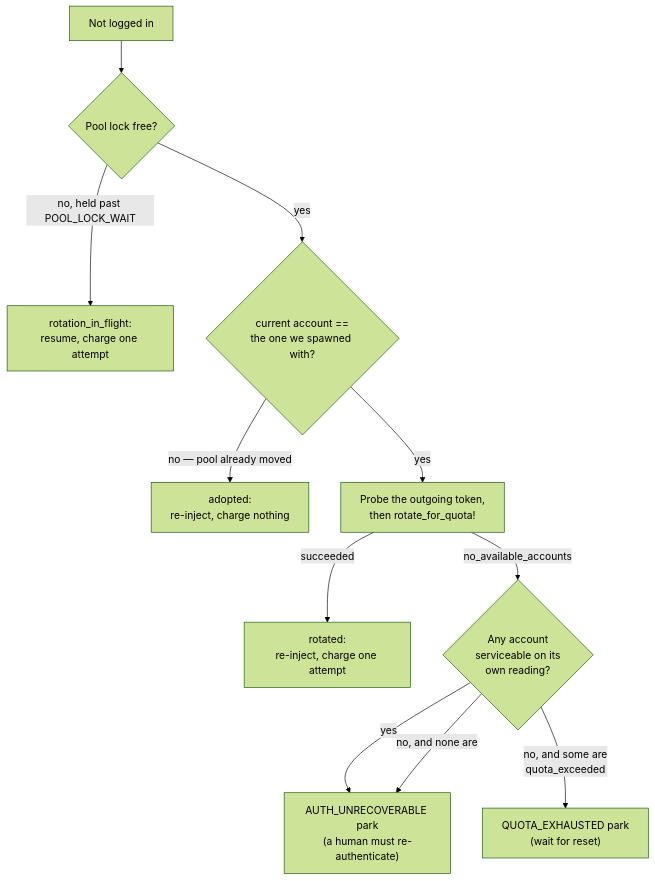
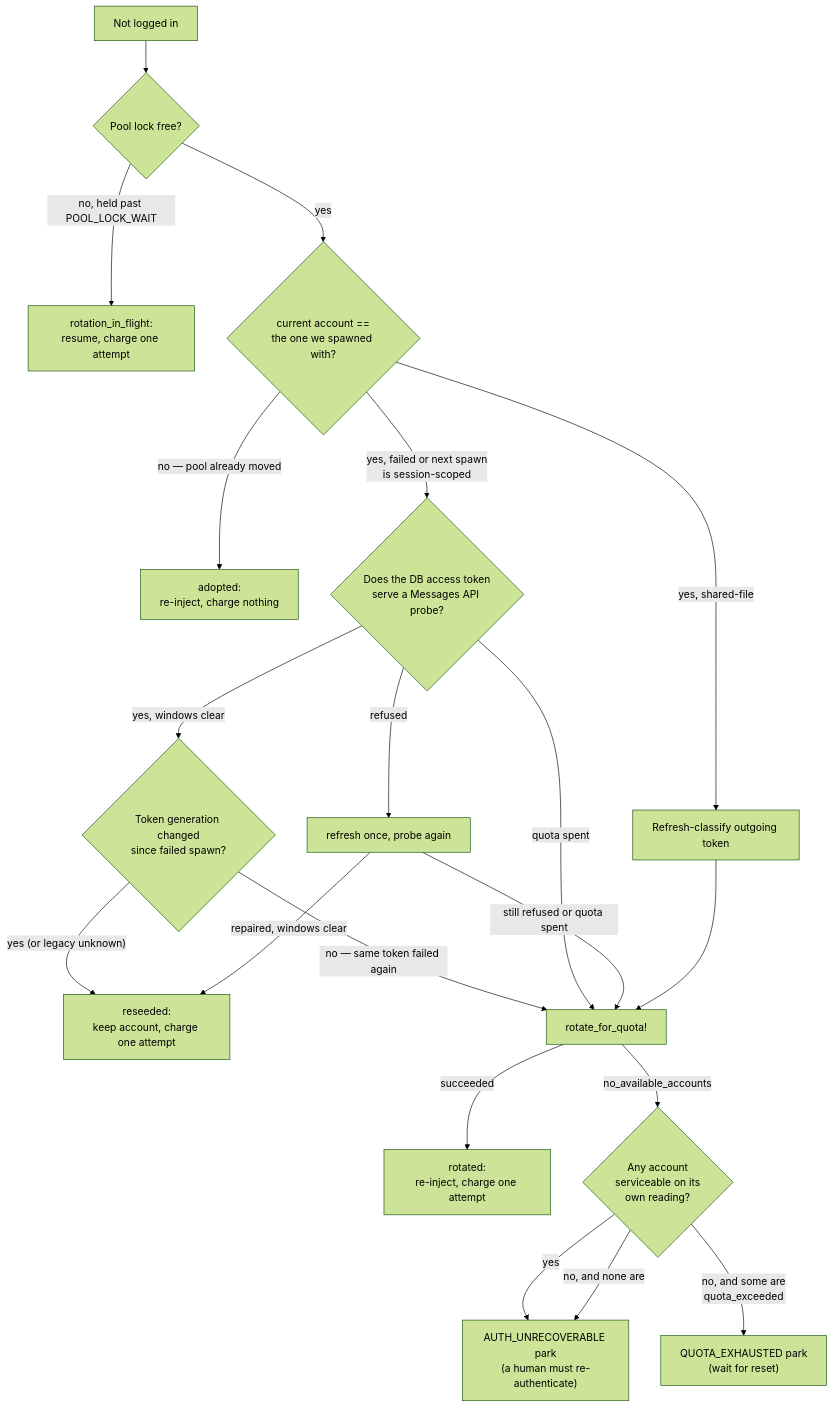
The fourth of 5 diagrams in docs/src/content/docs/auth/harness.md (tadasant/zimmer), drawn with Mermaid (forest theme) before and after one commit. The commit also changed other lines of this file and 6 other files, not shown here.

````diff
--- a/docs/src/content/docs/auth/harness.md
+++ b/docs/src/content/docs/auth/harness.md
@@ -946,13 +952,22 @@
 ```mermaid
 flowchart TD
     A["Not logged in"] --> L{"Pool lock free?"}
     L -- "no, held past POOL_LOCK_WAIT" --> F["rotation_in_flight:<br/>resume, charge one attempt"]
     L -- yes --> B{"current account ==<br/>the one we spawned with?"}
     B -- "no — pool already moved" --> C["adopted:<br/>re-inject, charge nothing"]
-    B -- yes --> D["Probe the outgoing token,<br/>then rotate_for_quota!"]
+    B -- "yes, failed or next spawn<br/>is session-scoped" --> P{"Does the DB access token<br/>serve a Messages API probe?"}
+    P -- "yes, windows clear" --> V{"Token generation changed<br/>since failed spawn?"}
+    V -- "yes (or legacy unknown)" --> R["reseeded:<br/>keep account, charge one attempt"]
+    V -- "no — same token failed again" --> D
+    P -- "refused" --> T["refresh once, probe again"]
+    T -- "repaired, windows clear" --> R
+    P -- "quota spent" --> D
+    T -- "still refused or quota spent" --> D["rotate_for_quota!"]
+    B -- "yes, shared-file" --> S["Refresh-classify outgoing token"]
+    S --> D
     D -- succeeded --> E["rotated:<br/>re-inject, charge one attempt"]
     D -- "no_available_accounts" --> G{"Any account<br/>serviceable on its<br/>own reading?"}
     G -- yes --> I["AUTH_UNRECOVERABLE park<br/>(a human must re-authenticate)"]
     G -- "no, and some are<br/>quota_exceeded" --> H["QUOTA_EXHAUSTED park<br/>(wait for reset)"]
     G -- "no, and none are" --> I
 ```
````
